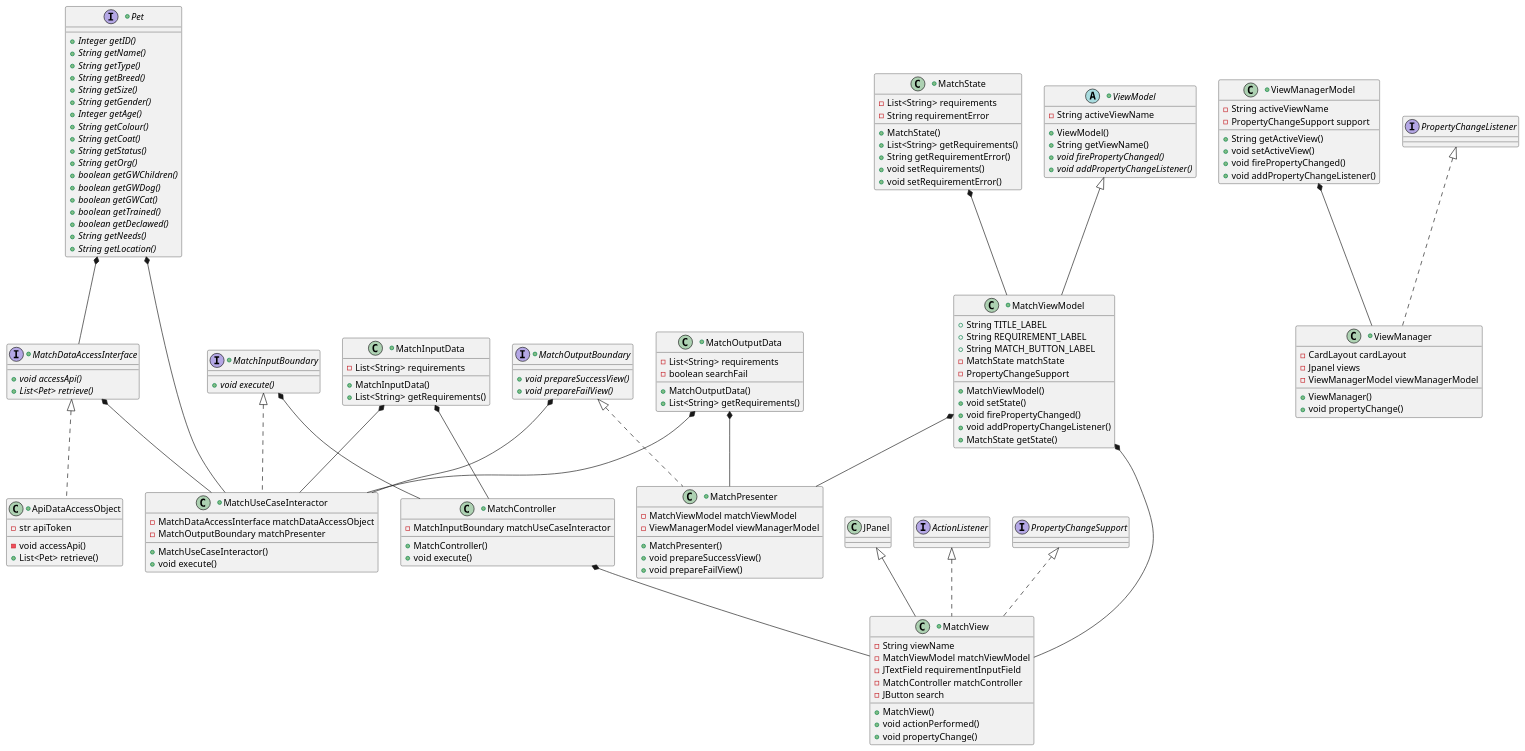
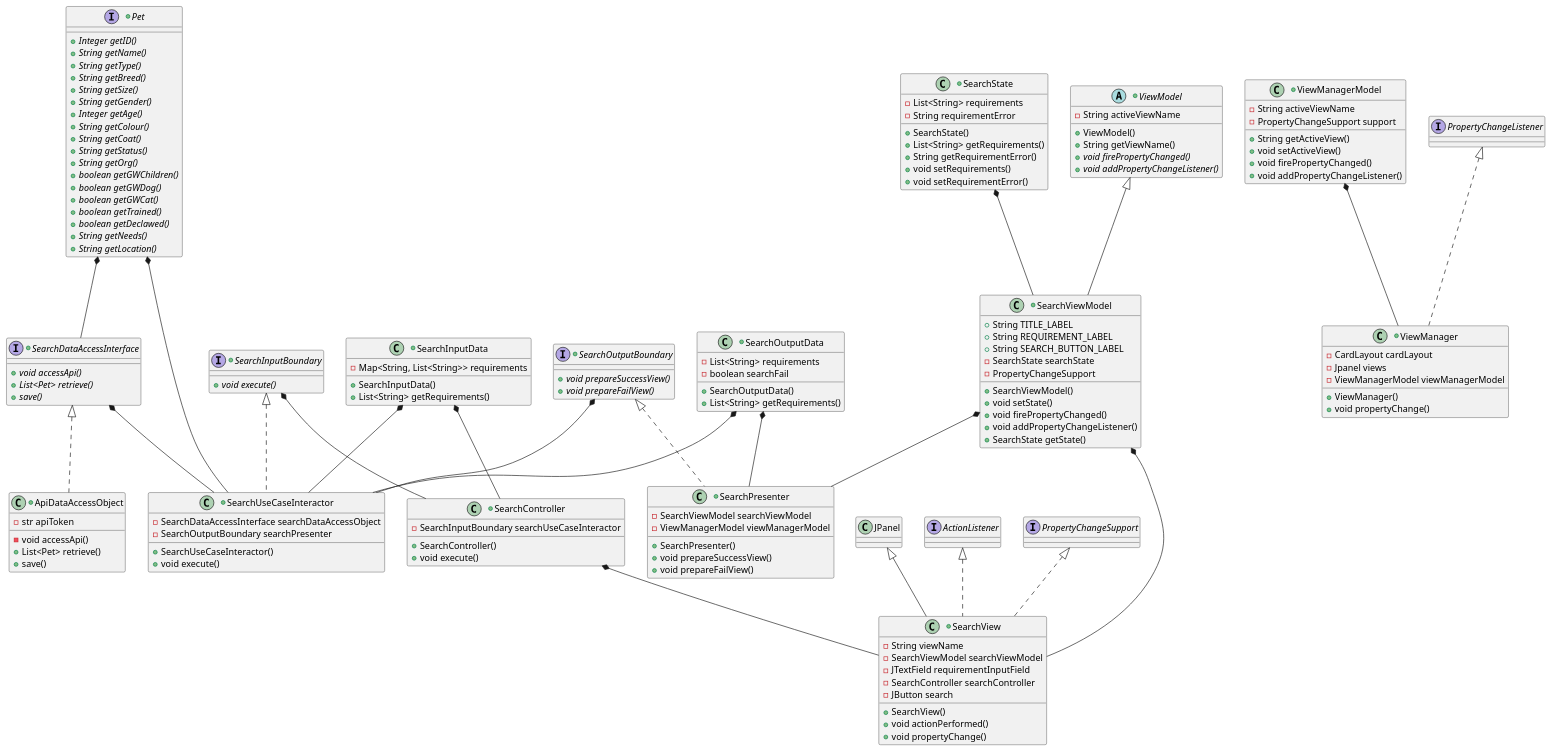
Before and after one commit to Viceu/CSC207-PetPal: the diagram in diagrams/PetMatchUseCase.puml, drawn with PlantUML. The commit also changed 4 other files, not shown here.

Commit message:
created files sample_data (dummy JSON result), JStoCSV (conversion code), and DAO+Interface (before data type conversion)

```diff
--- a/diagrams/PetMatchUseCase.puml
+++ b/diagrams/PetMatchUseCase.puml
@@ -1,156 +1,158 @@
 @startuml
 'https://plantuml.com/sequence-diagram
 
 
 +interface Pet {
     {abstract} +Integer getID()
     {abstract} +String getName()
     {abstract} +String getType()
     {abstract} +String getBreed()
     {abstract} +String getSize()
     {abstract} +String getGender()
     {abstract} +Integer getAge()
     {abstract} +String getColour()
     {abstract} +String getCoat()
     {abstract} +String getStatus()
     {abstract} +String getOrg()
     {abstract} +boolean getGWChildren()
     {abstract} +boolean getGWDog()
     {abstract} +boolean getGWCat()
     {abstract} +boolean getTrained()
     {abstract} +boolean getDeclawed()
     {abstract} +String getNeeds()
     {abstract} +String getLocation()
 }
 
 +class ViewManagerModel {
     -String activeViewName
     -PropertyChangeSupport support
     +String getActiveView()
     + void setActiveView()
     +void firePropertyChanged()
     +void addPropertyChangeListener()
 }
 
-+class MatchController {
-    -MatchInputBoundary matchUseCaseInteractor
-    +MatchController()
++class SearchController {
+    -SearchInputBoundary searchUseCaseInteractor
+    +SearchController()
     +void execute()
 }
 
-+class MatchPresenter implements MatchOutputBoundary {
-    -MatchViewModel matchViewModel
++class SearchPresenter implements SearchOutputBoundary {
+    -SearchViewModel searchViewModel
     -ViewManagerModel viewManagerModel
-    +MatchPresenter()
+    +SearchPresenter()
     +void prepareSuccessView()
     +void prepareFailView()
 }
 
-+class MatchState {
++class SearchState {
     -List<String> requirements
     -String requirementError
-    +MatchState()
+    +SearchState()
     +List<String> getRequirements()
     +String getRequirementError()
     +void setRequirements()
     +void setRequirementError()
 }
 
-+class MatchViewModel extends ViewModel {
++class SearchViewModel extends ViewModel {
     +String TITLE_LABEL
     +String REQUIREMENT_LABEL
-    +String MATCH_BUTTON_LABEL
-    -MatchState matchState
-    +MatchViewModel()
+    +String SEARCH_BUTTON_LABEL
+    -SearchState searchState
+    +SearchViewModel()
     +void setState()
     -PropertyChangeSupport
     +void firePropertyChanged()
     +void addPropertyChangeListener()
-    +MatchState getState()
+    +SearchState getState()
 }
 
 +abstract class ViewModel {
     -String activeViewName
     +ViewModel()
     +String getViewName()
     {abstract} +void firePropertyChanged()
     {abstract} +void addPropertyChangeListener()
 }
 
-+interface MatchInputBoundary {
++interface SearchInputBoundary {
     {abstract} +void execute()
 }
 
-+class MatchInputData {
-    -List<String> requirements
-    +MatchInputData()
++class SearchInputData {
+    -Map<String, List<String>> requirements
+    +SearchInputData()
     +List<String> getRequirements()
 }
 
-+class MatchUseCaseInteractor implements MatchInputBoundary {
-    -MatchDataAccessInterface matchDataAccessObject
-    -MatchOutputBoundary matchPresenter
-    +MatchUseCaseInteractor()
++class SearchUseCaseInteractor implements SearchInputBoundary {
+    -SearchDataAccessInterface searchDataAccessObject
+    -SearchOutputBoundary searchPresenter
+    +SearchUseCaseInteractor()
     +void execute()
 }
 
-+interface MatchOutputBoundary {
++interface SearchOutputBoundary {
     {abstract} +void prepareSuccessView()
     {abstract} +void prepareFailView()
 }
 
-+class MatchOutputData {
++class SearchOutputData {
     -List<String> requirements
     -boolean searchFail
-    +MatchOutputData()
+    +SearchOutputData()
     +List<String> getRequirements()
 }
 
-+interface MatchDataAccessInterface {
++interface SearchDataAccessInterface {
     {abstract} +void accessApi()
     {abstract} +List<Pet> retrieve()
+    {abstract} +save()
 }
 
-+class ApiDataAccessObject implements MatchDataAccessInterface {
++class ApiDataAccessObject implements SearchDataAccessInterface {
     -str apiToken
     -void accessApi()
     +List<Pet> retrieve()
+    +save()
 }
 
 'requirement input needs to change format, not just text box
-+class MatchView extends JPanel implements ActionListener, PropertyChangeSupport {
++class SearchView extends JPanel implements ActionListener, PropertyChangeSupport {
     -String viewName
-    -MatchViewModel matchViewModel
+    -SearchViewModel searchViewModel
     -JTextField requirementInputField
-    -MatchController matchController
+    -SearchController searchController
     -JButton search
-    +MatchView()
+    +SearchView()
     +void actionPerformed()
     +void propertyChange()
 }
 
 +class ViewManager implements PropertyChangeListener {
     -CardLayout cardLayout
     -Jpanel views
     -ViewManagerModel viewManagerModel
     +ViewManager()
     +void propertyChange()
 }
 
-Pet *-- MatchDataAccessInterface
-Pet *-- MatchUseCaseInteractor
-MatchDataAccessInterface *-- MatchUseCaseInteractor
-MatchOutputBoundary *-- MatchUseCaseInteractor
-MatchOutputData *-- MatchUseCaseInteractor
-MatchInputData *-- MatchUseCaseInteractor
-MatchInputData *-- MatchController
-MatchInputBoundary *-- MatchController
-MatchOutputData *-- MatchPresenter
-MatchViewModel *-- MatchPresenter
-MatchViewModel *-- MatchView
-MatchController *-- MatchView
+Pet *-- SearchDataAccessInterface
+Pet *-- SearchUseCaseInteractor
+SearchDataAccessInterface *-- SearchUseCaseInteractor
+SearchOutputBoundary *-- SearchUseCaseInteractor
+SearchOutputData *-- SearchUseCaseInteractor
+SearchInputData *-- SearchUseCaseInteractor
+SearchInputData *-- SearchController
+SearchInputBoundary *-- SearchController
+SearchOutputData *-- SearchPresenter
+SearchViewModel *-- SearchPresenter
+SearchViewModel *-- SearchView
+SearchController *-- SearchView
 ViewManagerModel *-- ViewManager
-MatchState *-- MatchViewModel
+SearchState *-- SearchViewModel
 
 
 @enduml
```
